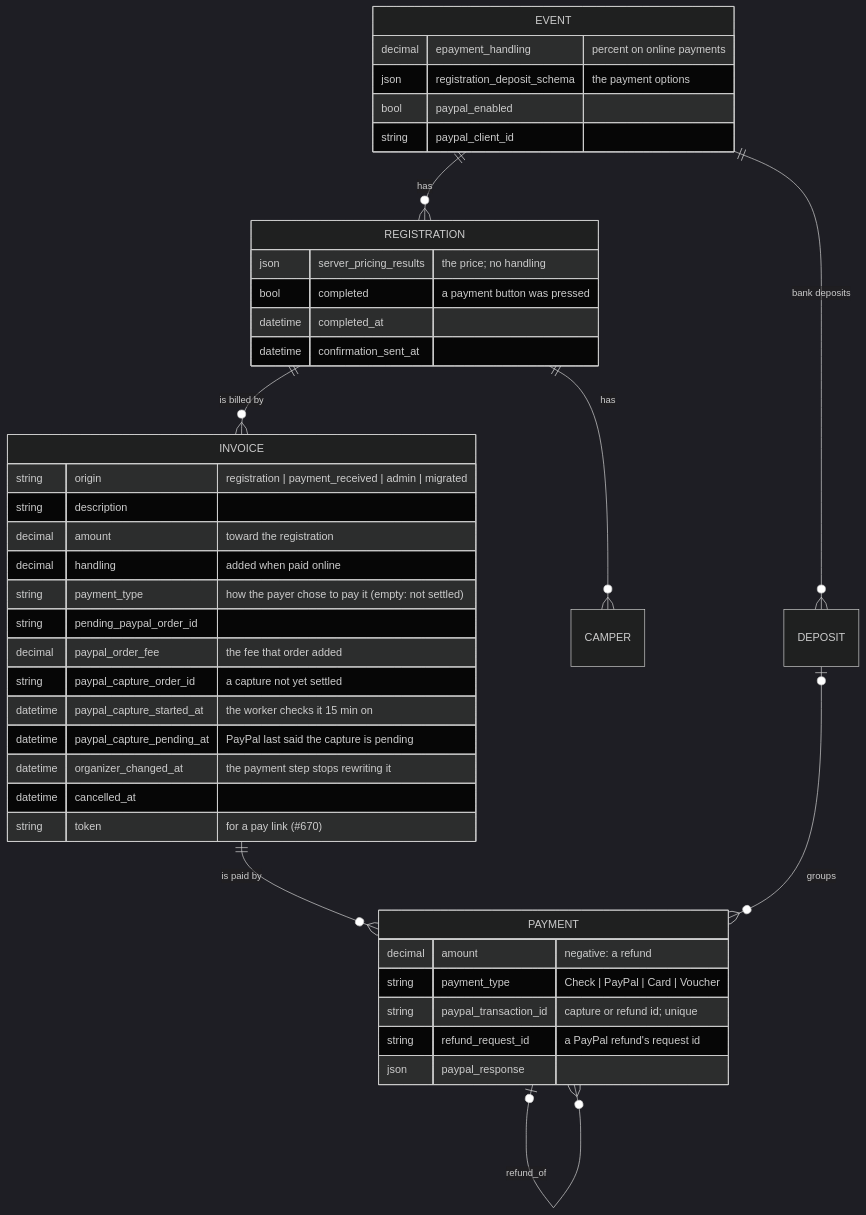
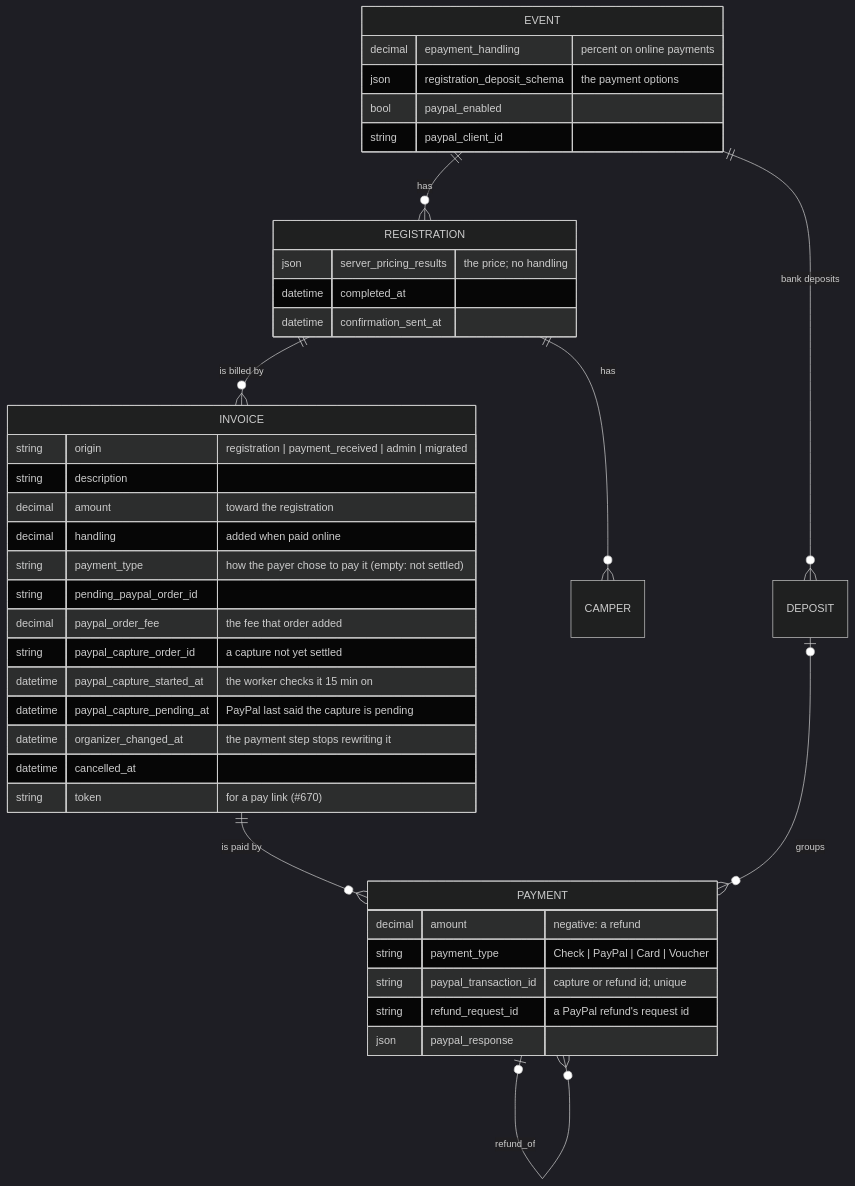
One commit to camphoric/camphoric changed the first of 12 diagrams in doc/payments.md. Above: the diagram before and after it, drawn with Mermaid (dark theme). The commit also changed other lines of this file and 46 other files, not shown here.

````diff
--- a/doc/payments.md
+++ b/doc/payments.md
@@ -46,44 +46,43 @@
 ```mermaid
 erDiagram
     EVENT ||--o{ REGISTRATION : has
     EVENT ||--o{ DEPOSIT : "bank deposits"
     REGISTRATION ||--o{ CAMPER : has
     REGISTRATION ||--o{ INVOICE : "is billed by"
     INVOICE ||--o{ PAYMENT : "is paid by"
     PAYMENT |o--o{ PAYMENT : "refund_of"
     DEPOSIT |o--o{ PAYMENT : groups
     EVENT {
         decimal epayment_handling "percent on online payments"
         json registration_deposit_schema "the payment options"
         bool paypal_enabled
         string paypal_client_id
     }
     REGISTRATION {
         json server_pricing_results "the price; no handling"
-        bool completed "a payment button was pressed"
         datetime completed_at
         datetime confirmation_sent_at
     }
     INVOICE {
         string origin "registration | payment_received | admin | migrated"
         string description
         decimal amount "toward the registration"
         decimal handling "added when paid online"
         string payment_type "how the payer chose to pay it (empty: not settled)"
         string pending_paypal_order_id
         decimal paypal_order_fee "the fee that order added"
         string paypal_capture_order_id "a capture not yet settled"
         datetime paypal_capture_started_at "the worker checks it 15 min on"
         datetime paypal_capture_pending_at "PayPal last said the capture is pending"
         datetime organizer_changed_at "the payment step stops rewriting it"
         datetime cancelled_at
         string token "for a pay link (#670)"
     }
     PAYMENT {
         decimal amount "negative: a refund"
         string payment_type "Check | PayPal | Card | Voucher"
         string paypal_transaction_id "capture or refund id; unique"
         string refund_request_id "a PayPal refund's request id"
         json paypal_response
     }
 ```
````
